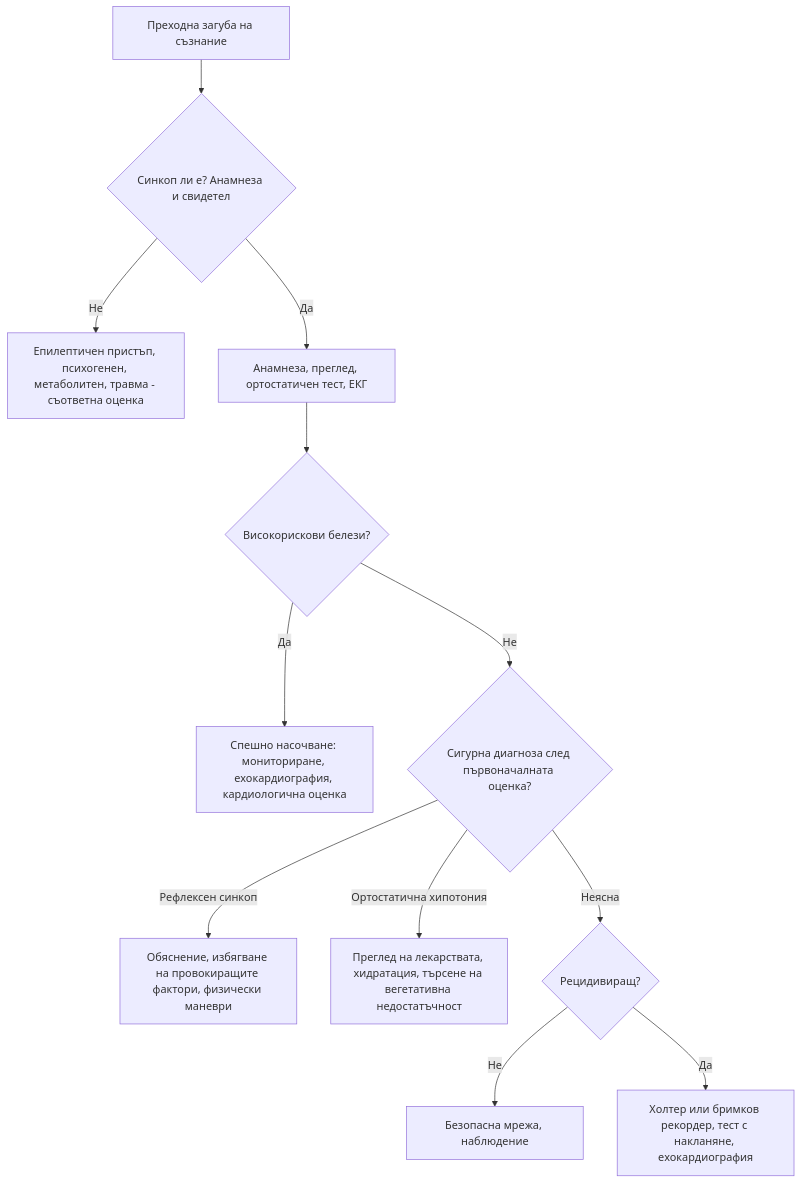
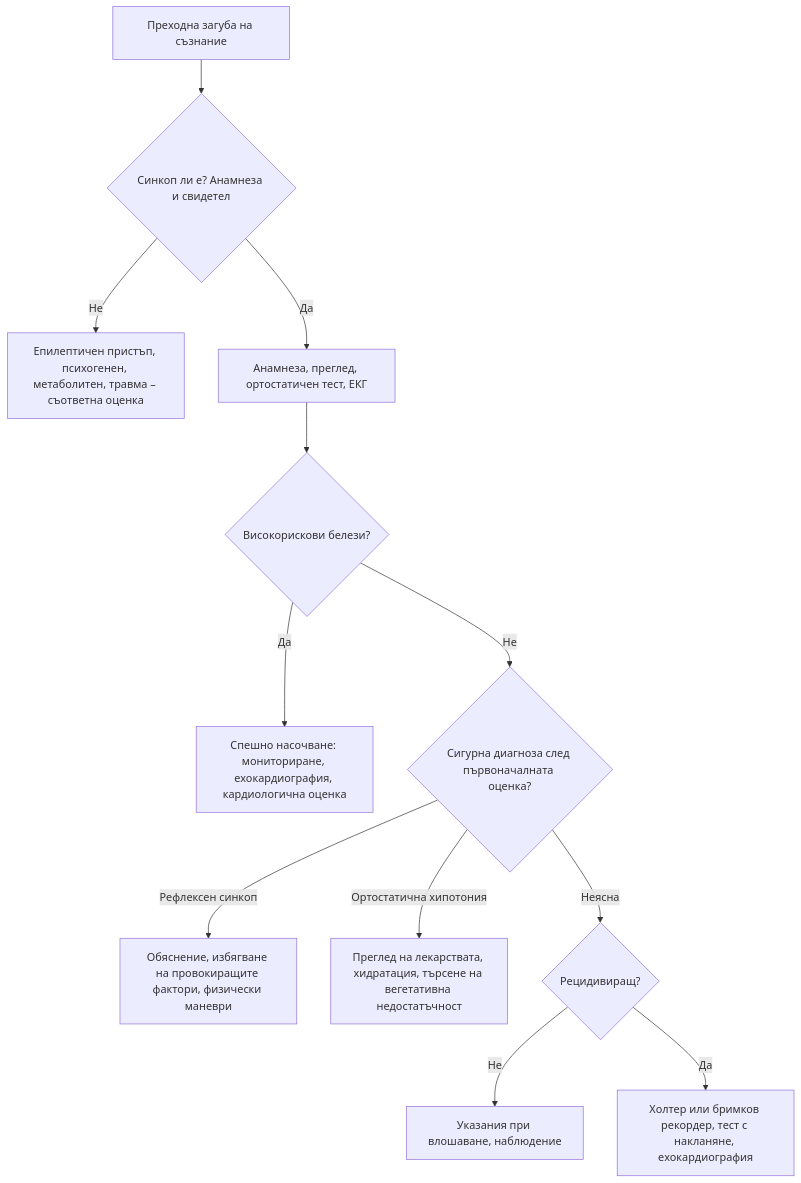
The diagram in glavi/11-sinkop.md (yancho26/yancho), drawn with Mermaid before and after one commit. The commit also changed other lines of this file and 90 other files, not shown here.

````diff
--- a/glavi/11-sinkop.md
+++ b/glavi/11-sinkop.md
@@ -212,16 +212,16 @@
 ```mermaid
 flowchart TD
     accTitle: Диагностичен алгоритъм: синкоп и преходна загуба на съзнание
     accDescr: Блок-схема. Начало: Преходна загуба на съзнание. Въпроси: Синкоп ли е? Анамнеза и свидетел? · Високорискови белези? · Сигурна диагноза след първоначалната оценка? · Рецидивиращ? Пълното текстово описание е под схемата.
     A["Преходна загуба на съзнание"] --> B{"Синкоп ли е? Анамнеза и свидетел"}
-    B -->|Не| C["Епилептичен пристъп, психогенен, метаболитен, травма - съответна оценка"]
+    B -->|Не| C["Епилептичен пристъп, психогенен, метаболитен, травма – съответна оценка"]
     B -->|Да| D["Анамнеза, преглед, ортостатичен тест, ЕКГ"]
     D --> E{"Високорискови белези?"}
     E -->|Да| F["Спешно насочване: мониториране, ехокардиография, кардиологична оценка"]
     E -->|Не| G{"Сигурна диагноза след първоначалната оценка?"}
     G -->|Рефлексен синкоп| H["Обяснение, избягване на провокиращите фактори, физически маневри"]
     G -->|Ортостатична хипотония| I["Преглед на лекарствата, хидратация, търсене на вегетативна недостатъчност"]
     G -->|Неясна| J{"Рецидивиращ?"}
-    J -->|Не| K["Безопасна мрежа, наблюдение"]
+    J -->|Не| K["Указания при влошаване, наблюдение"]
     J -->|Да| L["Холтер или бримков рекордер, тест с накланяне, ехокардиография"]
 ```
````
